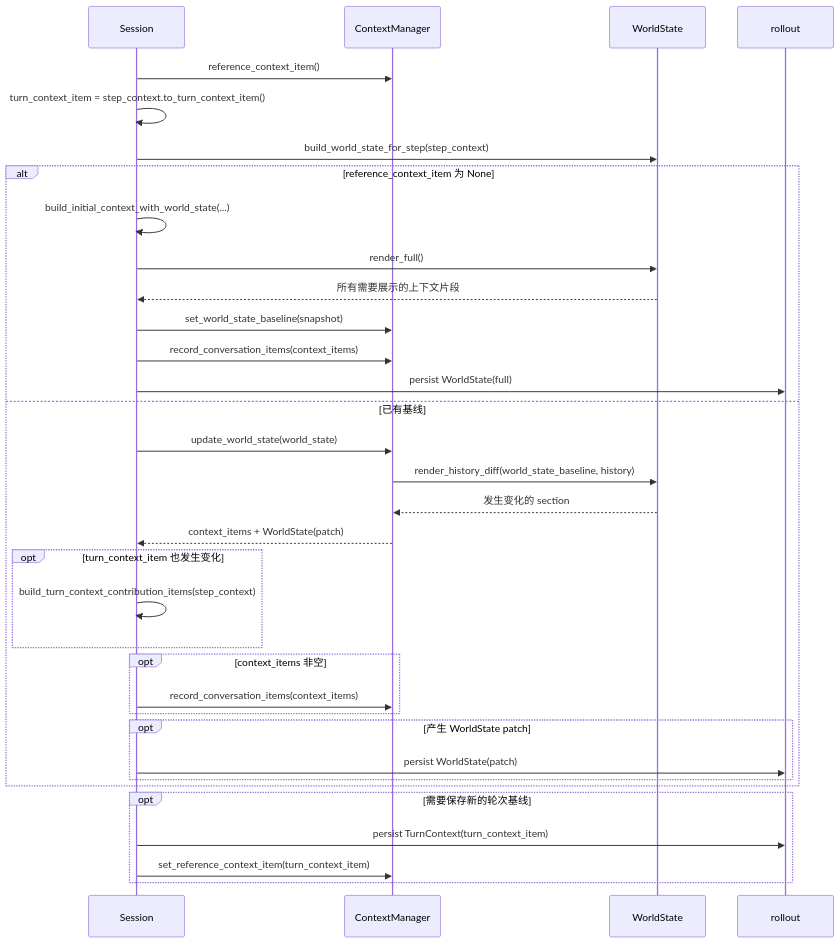
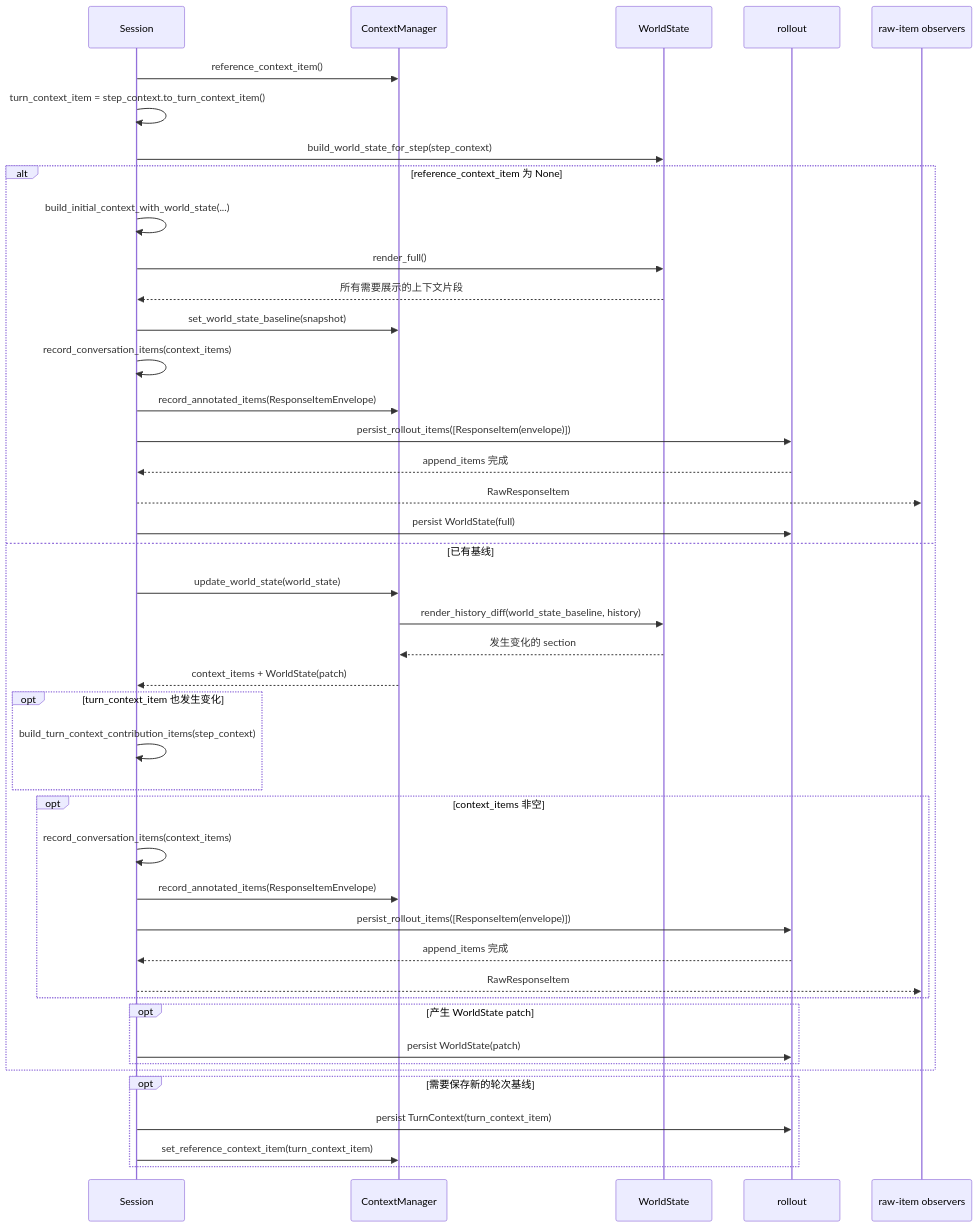
Diagram 14 of 32 in src/content/post/agents-codex/index.md (nickqiaoo/nickqiaoo.github.io), drawn with Mermaid before and after one commit. The commit also changed other lines of this file and 2 other files, not shown here.

````diff
--- a/src/content/post/agents-codex/index.md
+++ b/src/content/post/agents-codex/index.md
@@ -872,37 +889,46 @@
 ```mermaid
 sequenceDiagram
   participant S as Session
   participant CM as ContextManager
   participant WS as WorldState
   participant RO as rollout
+  participant OBS as raw-item observers
 
   S->>CM: reference_context_item()
   S->>S: turn_context_item = step_context.to_turn_context_item()
   S->>WS: build_world_state_for_step(step_context)
   alt reference_context_item 为 None
     S->>S: build_initial_context_with_world_state(...)
     S->>WS: render_full()
     WS-->>S: 所有需要展示的上下文片段
     S->>CM: set_world_state_baseline(snapshot)
-    S->>CM: record_conversation_items(context_items)
+    S->>S: record_conversation_items(context_items)
+    S->>CM: record_annotated_items(ResponseItemEnvelope)
+    S->>RO: persist_rollout_items([ResponseItem(envelope)])
+    RO-->>S: append_items 完成
+    S-->>OBS: RawResponseItem
     S->>RO: persist WorldState(full)
   else 已有基线
     S->>CM: update_world_state(world_state)
     CM->>WS: render_history_diff(world_state_baseline, history)
     WS-->>CM: 发生变化的 section
     CM-->>S: context_items + WorldState(patch)
     opt turn_context_item 也发生变化
       S->>S: build_turn_context_contribution_items(step_context)
     end
     opt context_items 非空
-      S->>CM: record_conversation_items(context_items)
+      S->>S: record_conversation_items(context_items)
+      S->>CM: record_annotated_items(ResponseItemEnvelope)
+      S->>RO: persist_rollout_items([ResponseItem(envelope)])
+      RO-->>S: append_items 完成
+      S-->>OBS: RawResponseItem
     end
     opt 产生 WorldState patch
       S->>RO: persist WorldState(patch)
     end
   end
   opt 需要保存新的轮次基线
     S->>RO: persist TurnContext(turn_context_item)
     S->>CM: set_reference_context_item(turn_context_item)
   end
 ```
````
